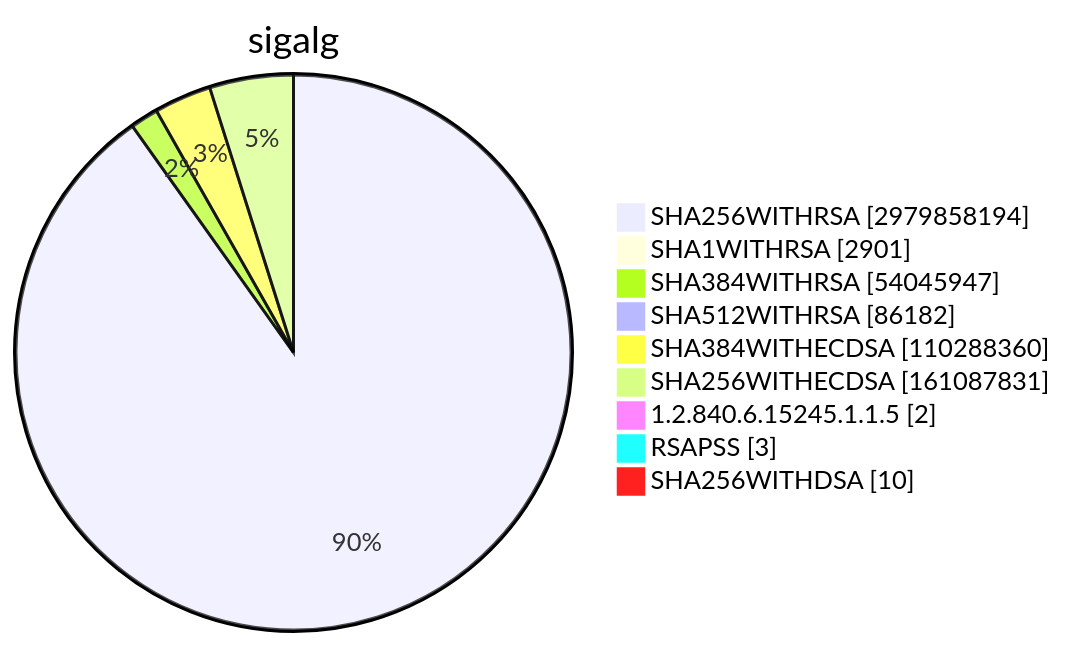
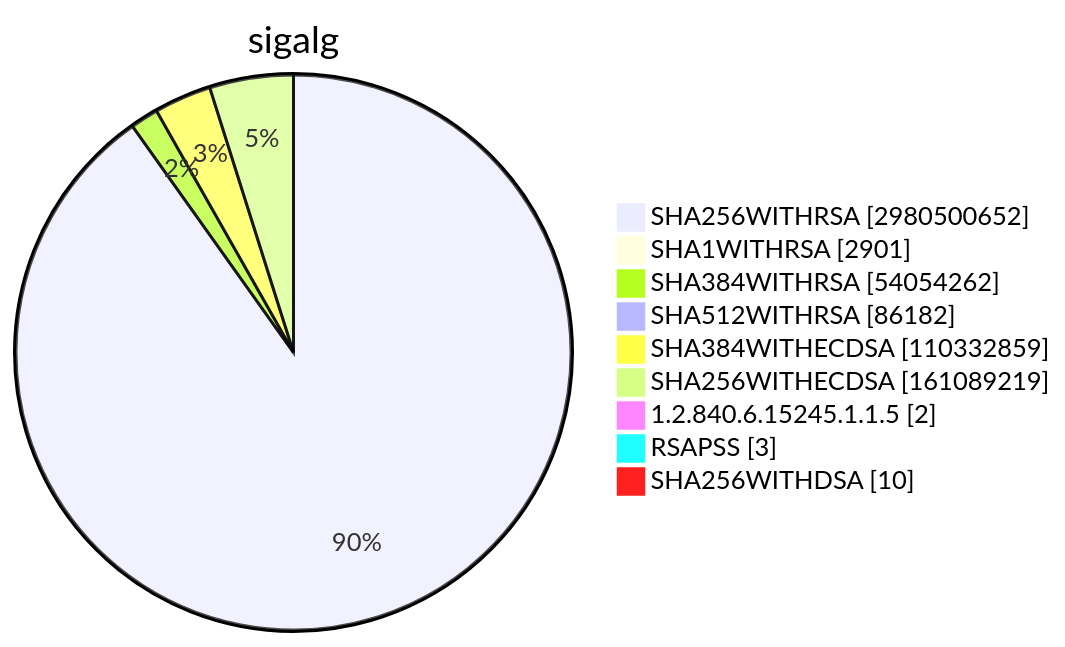
Before and after one commit to christiankrug/ctmonitor_visualization: diagram 15 of 15 in TOTAL/README.md, drawn with Mermaid. The commit also changed other lines of this file, not shown here.

````diff
--- a/TOTAL/README.md
+++ b/TOTAL/README.md
@@ -6208,13 +6208,13 @@
 ```mermaid
 pie showData
 title sigalg
-"SHA256WITHRSA" :2979858194
+"SHA256WITHRSA" :2980500652
 "SHA1WITHRSA" :2901
-"SHA384WITHRSA" :54045947
+"SHA384WITHRSA" :54054262
 "SHA512WITHRSA" :86182
-"SHA384WITHECDSA" :110288360
-"SHA256WITHECDSA" :161087831
+"SHA384WITHECDSA" :110332859
+"SHA256WITHECDSA" :161089219
 "1.2.840.6.15245.1.1.5" :2
 "RSAPSS" :3
 "SHA256WITHDSA" :10
 ```
````
